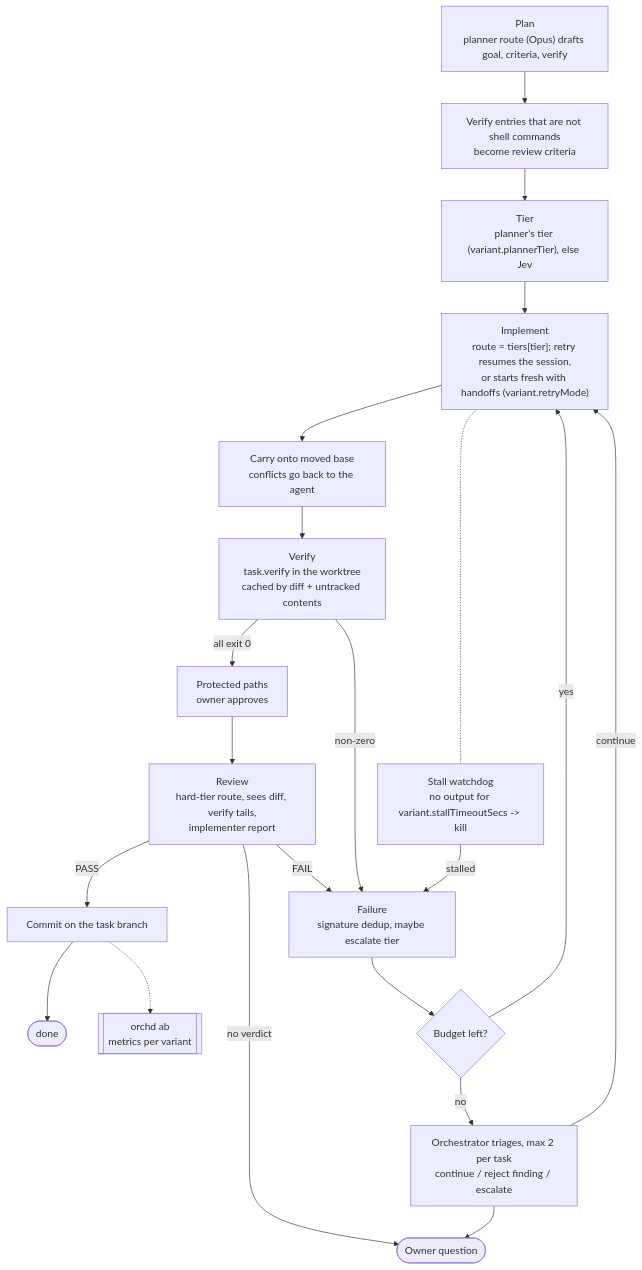
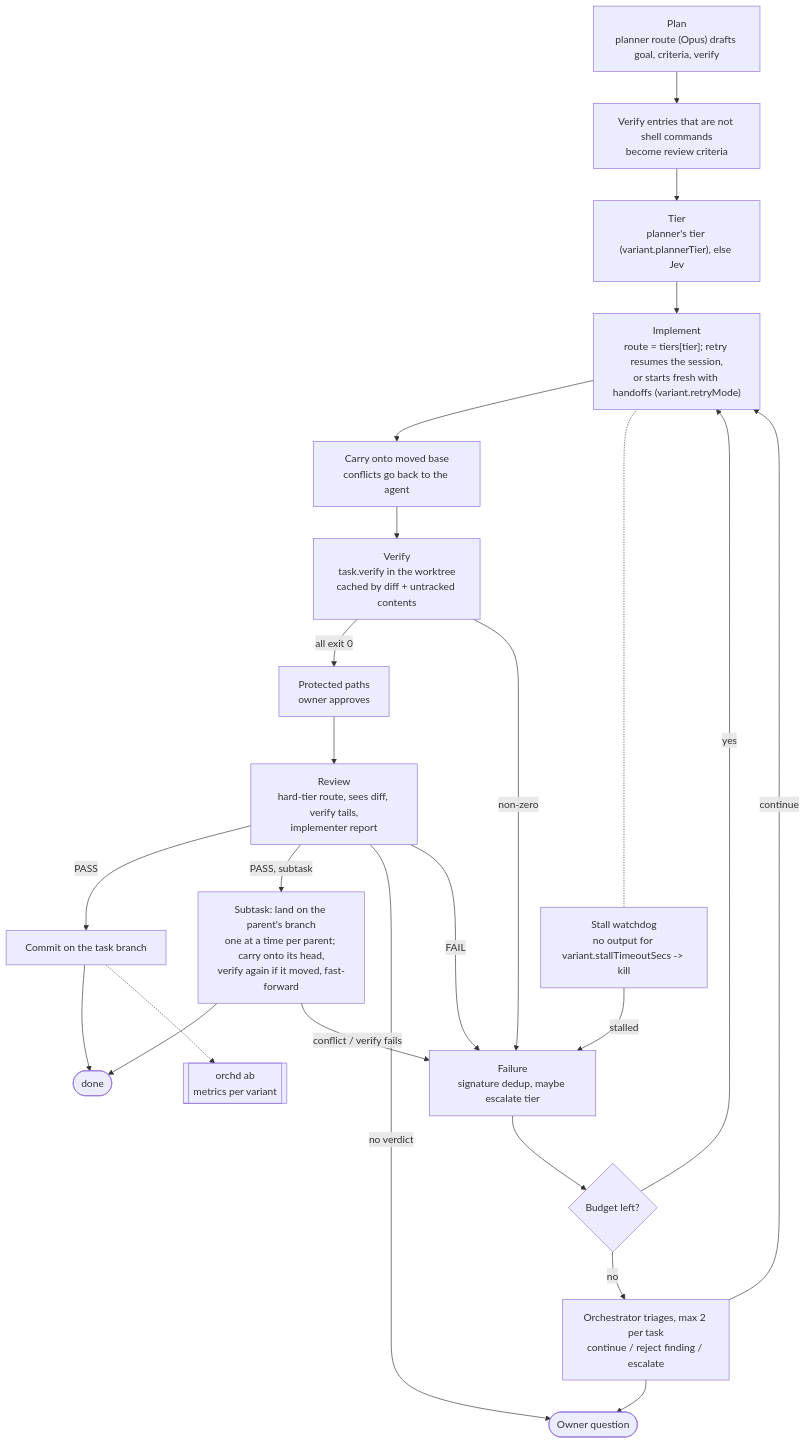
The third of 6 diagrams in docs/architecture.md (sushi-killer/sushiAI), drawn with Mermaid before and after one commit. The commit also changed other lines of this file and 18 other files, not shown here.

Commit message:
feat: orchd task graph, planner subtasks landing on the parent branch through a merge queue

````diff
--- a/docs/architecture.md
+++ b/docs/architecture.md
@@ -101,35 +119,38 @@
 ```mermaid
 flowchart TD
   plan["Plan<br/>planner route (Opus) drafts goal, criteria, verify"]
   split["Verify entries that are not shell commands<br/>become review criteria"]
   tier["Tier<br/>planner's tier (variant.plannerTier), else Jev"]
   impl["Implement<br/>route = tiers[tier]; retry resumes the session,<br/>or starts fresh with handoffs (variant.retryMode)"]
   stall["Stall watchdog<br/>no output for variant.stallTimeoutSecs -> kill"]
   rebase["Carry onto moved base<br/>conflicts go back to the agent"]
   verify["Verify<br/>task.verify in the worktree<br/>cached by diff + untracked contents"]
   protect["Protected paths<br/>owner approves"]
   review["Review<br/>hard-tier route, sees diff, verify tails,<br/>implementer report"]
   commit["Commit on the task branch"]
   done([done])
   fail["Failure<br/>signature dedup, maybe escalate tier"]
   budget{"Budget left?"}
   ab[["orchd ab<br/>metrics per variant"]]
   triage["Orchestrator triages, max 2 per task<br/>continue / reject finding / escalate"]
   ownerQ(["Owner question"])
 
   plan --> split --> tier --> impl --> rebase --> verify
   impl -.- stall
   stall -->|stalled| fail
   verify -->|all exit 0| protect --> review
+  land["Subtask: land on the parent's branch<br/>one at a time per parent; carry onto its head,<br/>verify again if it moved, fast-forward"]
   review -->|PASS| commit --> done
+  review -->|PASS, subtask| land --> done
+  land -->|conflict / verify fails| fail
   review -->|no verdict| ownerQ
   verify -->|non-zero| fail
   review -->|FAIL| fail
   fail --> budget
   budget -->|yes| impl
   budget -->|no| triage --> ownerQ
   triage -->|continue| impl
   commit -.-> ab
 
   classDef planned stroke-dasharray: 5 5
 ```
````
